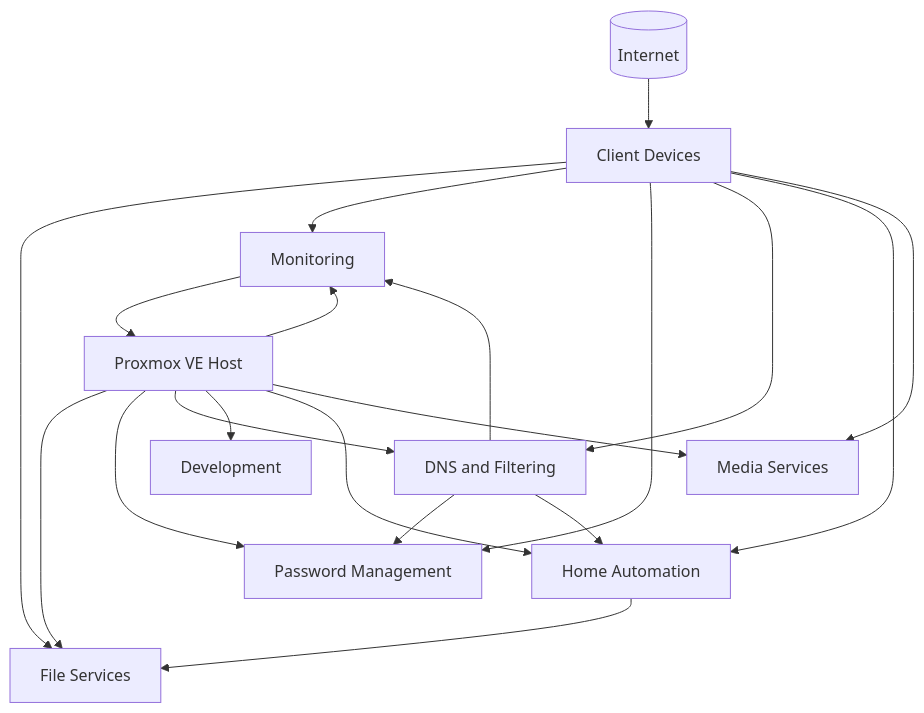
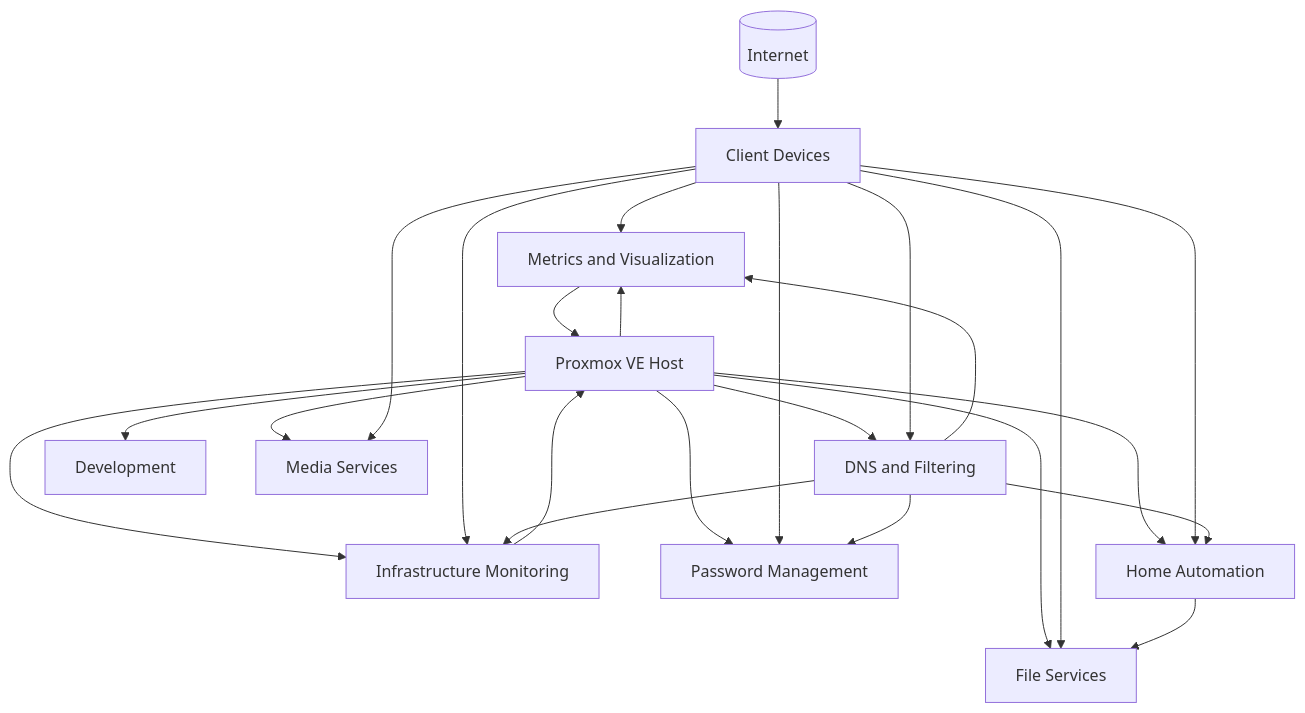
Before and after one commit to myles-portfolio/homelab-infrastructure: the diagram in README.md, drawn with Mermaid. The commit also changed other lines of this file, not shown here.

````diff
--- a/README.md
+++ b/README.md
@@ -44,38 +48,43 @@
 ```mermaid
 flowchart TB
     Internet[(Internet)]
     Clients[Client Devices]
     Proxmox[Proxmox VE Host]
 
     FileServices[File Services]
-    Monitoring[Monitoring]
+    Metrics[Metrics and Visualization]
+    Checkmk[Infrastructure Monitoring]
     Passwords[Password Management]
     DNS[DNS and Filtering]
     Development[Development]
     HomeAutomation[Home Automation]
     Media[Media Services]
 
     Internet --> Clients
 
     Proxmox --> FileServices
-    Proxmox --> Monitoring
+    Proxmox --> Metrics
+    Proxmox --> Checkmk
     Proxmox --> Passwords
     Proxmox --> DNS
     Proxmox --> Development
     Proxmox --> HomeAutomation
     Proxmox --> Media
 
     Clients --> FileServices
-    Clients --> Monitoring
+    Clients --> Metrics
+    Clients --> Checkmk
     Clients --> Passwords
     Clients --> DNS
     Clients --> HomeAutomation
     Clients --> Media
 
     DNS --> Passwords
     DNS --> HomeAutomation
-    DNS --> Monitoring
+    DNS --> Metrics
+    DNS --> Checkmk
 
     HomeAutomation --> FileServices
-    Monitoring --> Proxmox
+    Checkmk --> Proxmox
+    Metrics --> Proxmox
 ```
````
